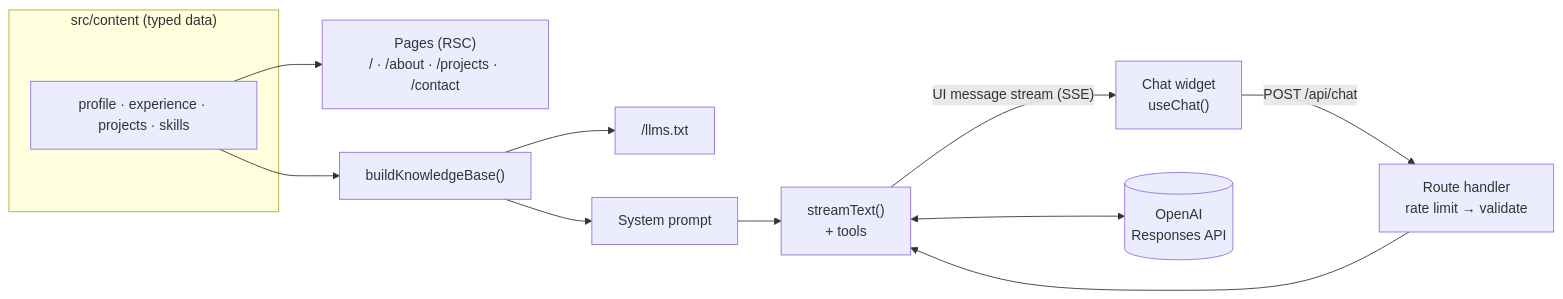
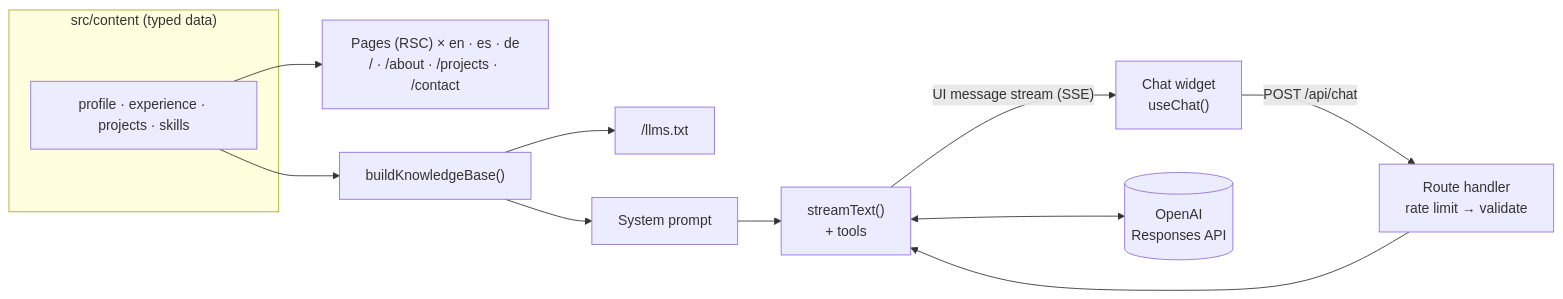
One commit to lintenn/my-portfolio changed the diagram in README.md. Above: the diagram before and after it, drawn with Mermaid. The commit also changed other lines of this file and 101 other files, not shown here.

````diff
--- a/README.md
+++ b/README.md
@@ -18,15 +20,15 @@
 ```mermaid
 flowchart LR
   subgraph Content["src/content (typed data)"]
     P[profile · experience · projects · skills]
   end
-  P --> Pages["Pages (RSC)<br/>/ · /about · /projects · /contact"]
+  P --> Pages["Pages (RSC) × en · es · de<br/>/ · /about · /projects · /contact"]
   P --> KB["buildKnowledgeBase()"]
   KB --> LLMS["/llms.txt"]
   KB --> SP["System prompt"]
   UI["Chat widget<br/>useChat()"] -- "POST /api/chat" --> API["Route handler<br/>rate limit → validate"]
   API --> ST["streamText()<br/>+ tools"]
   SP --> ST
   ST <--> OAI[(OpenAI<br/>Responses API)]
   ST -- "UI message stream (SSE)" --> UI
 ```
````
